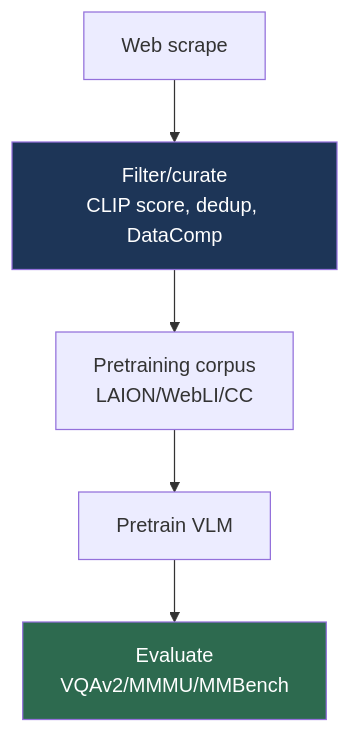
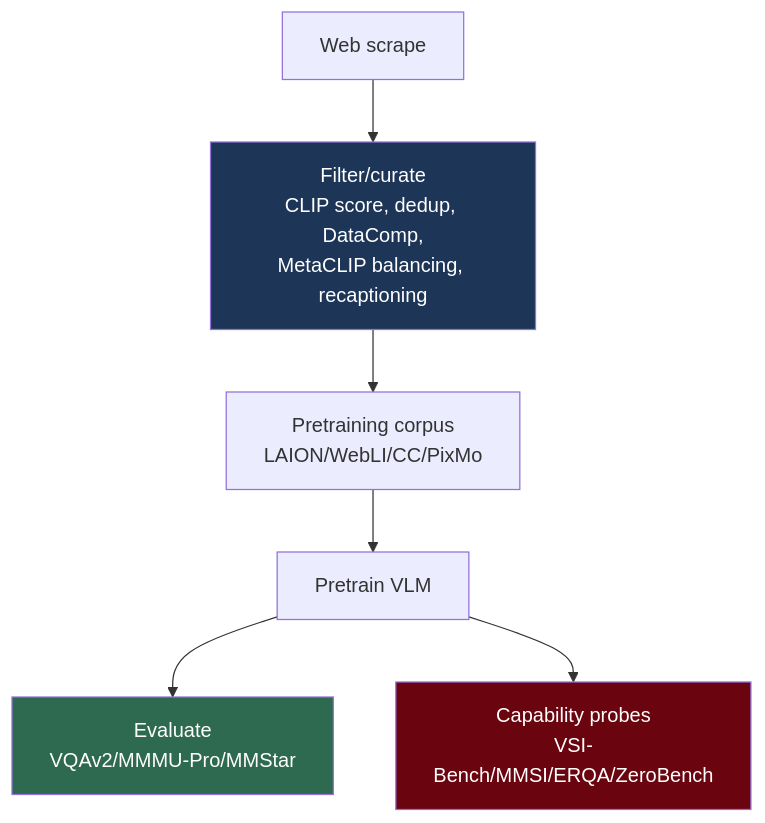
The diagram in cv-knowledge-base/11_datasets_and_benchmarks/03_multimodal_datasets.md (FrankHuang94/CV_learning_db_claude), drawn with Mermaid before and after one commit. The commit also changed other lines of this file and 5 other files, not shown here.

````diff
--- a/cv-knowledge-base/11_datasets_and_benchmarks/03_multimodal_datasets.md
+++ b/cv-knowledge-base/11_datasets_and_benchmarks/03_multimodal_datasets.md
@@ -38,9 +59,11 @@
 ```mermaid
 graph TD
-    A[Web scrape] --> B[Filter/curate<br/>CLIP score, dedup, DataComp]
-    B --> C[Pretraining corpus<br/>LAION/WebLI/CC]
+    A[Web scrape] --> B[Filter/curate<br/>CLIP score, dedup, DataComp,<br/>MetaCLIP balancing, recaptioning]
+    B --> C[Pretraining corpus<br/>LAION/WebLI/CC/PixMo]
     C --> D[Pretrain VLM]
-    D --> E[Evaluate<br/>VQAv2/MMMU/MMBench]
+    D --> E[Evaluate<br/>VQAv2/MMMU-Pro/MMStar]
+    D --> F[Capability probes<br/>VSI-Bench/MMSI/ERQA/ZeroBench]
     style B fill:#1d3557,color:#fff
     style E fill:#2d6a4f,color:#fff
+    style F fill:#6a040f,color:#fff
 ```
````
